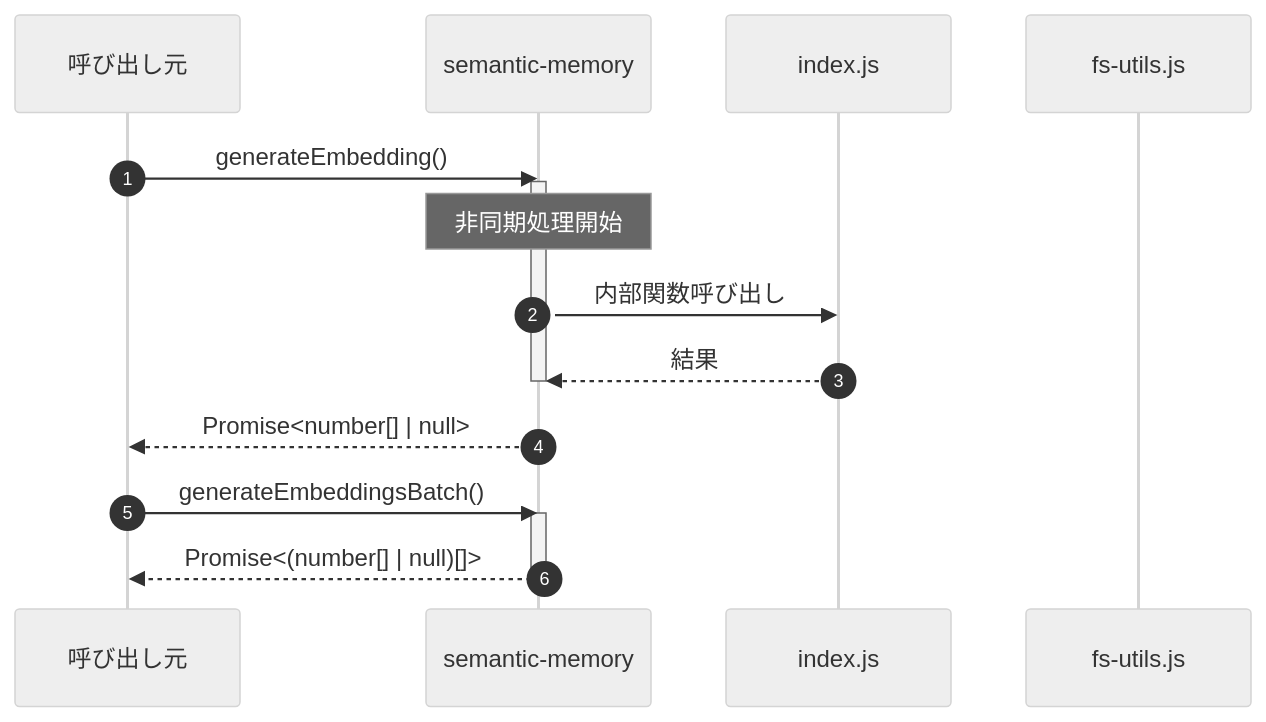
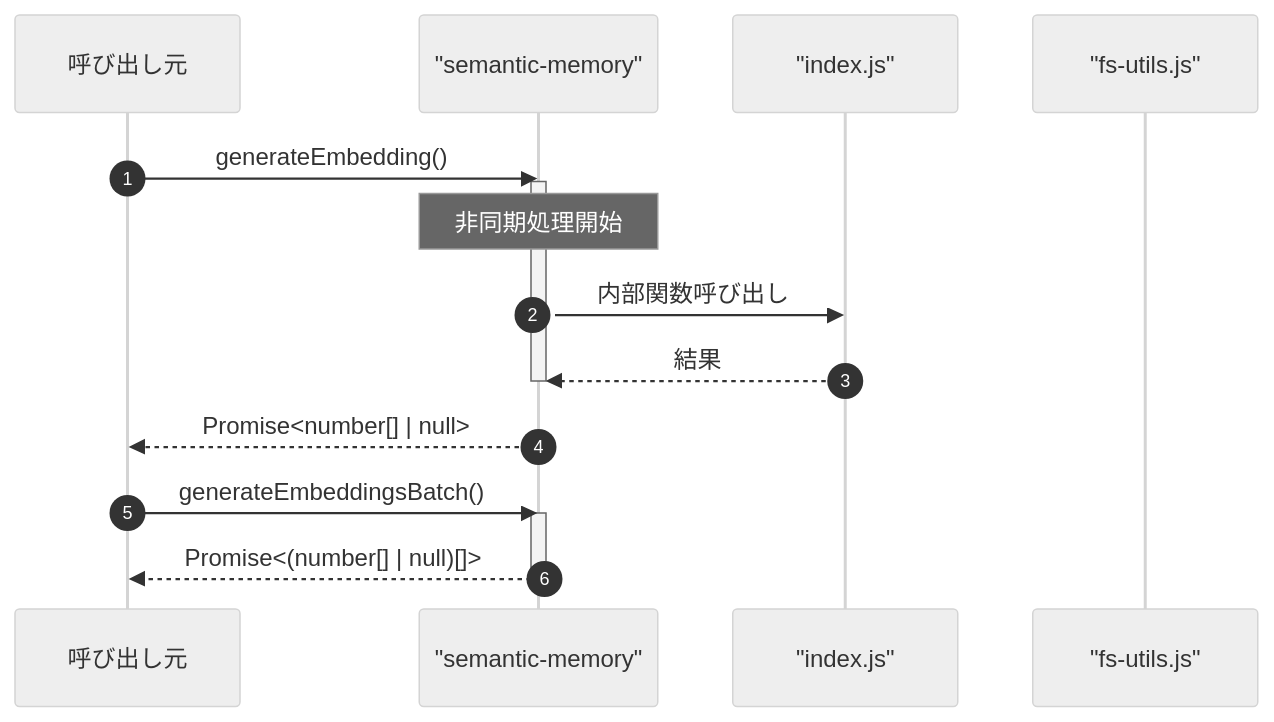
Before and after one commit to Mekann2904/mekann: the fourth of 4 diagrams in ABDD/.pi/lib/semantic-memory.md, drawn with Mermaid (neutral theme). The commit also changed other lines of this file and 152 other files, not shown here.

First line of the commit message:
fix: Mermaid図のラベル内の特殊文字をエスケープする

````diff
--- a/ABDD/.pi/lib/semantic-memory.md
+++ b/ABDD/.pi/lib/semantic-memory.md
@@ -112,21 +112,21 @@
 ```mermaid
 sequenceDiagram
   autonumber
   participant Caller as 呼び出し元
-  participant semantic_memory as semantic-memory
-  participant index_js as index.js
-  participant fs_utils_js as fs-utils.js
+  participant semantic_memory as "semantic-memory"
+  participant index_js as "index.js"
+  participant fs_utils_js as "fs-utils.js"
 
   Caller->>semantic_memory: generateEmbedding()
   activate semantic_memory
   Note over semantic_memory: 非同期処理開始
   semantic_memory->>index_js: 内部関数呼び出し
   index_js-->>semantic_memory: 結果
   deactivate semantic_memory
   semantic_memory-->>Caller: Promise<number[] | null>
 
   Caller->>semantic_memory: generateEmbeddingsBatch()
   activate semantic_memory
   semantic_memory-->>Caller: Promise<(number[] | null)[]>
   deactivate semantic_memory
 ```
````
